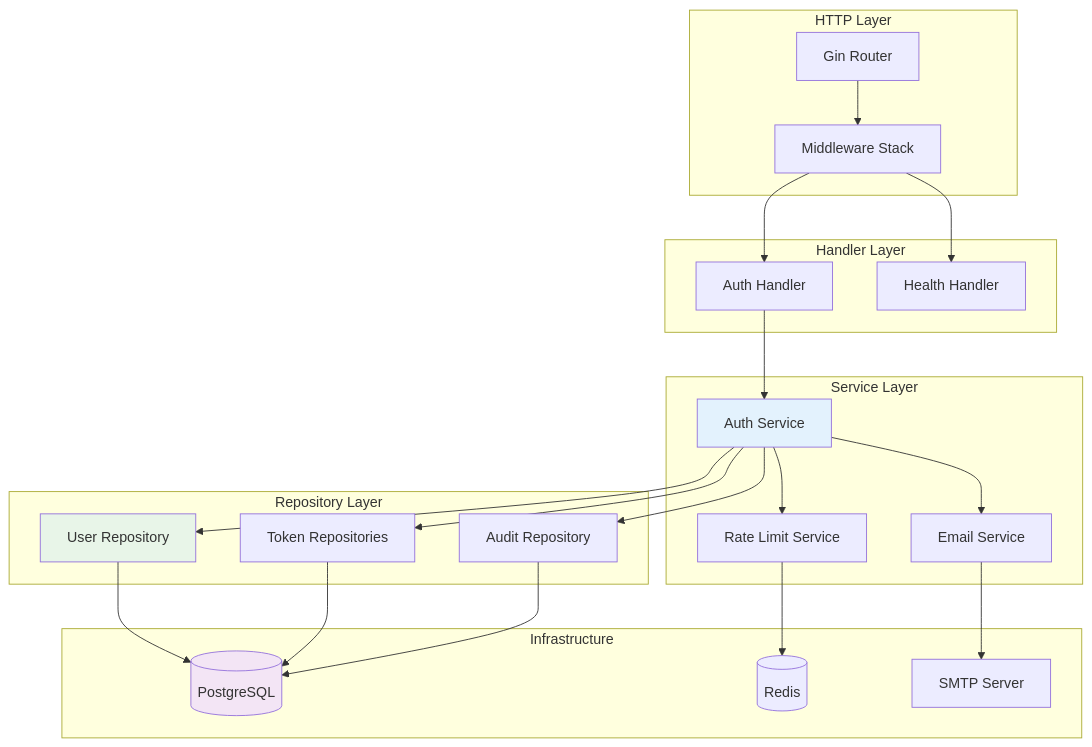
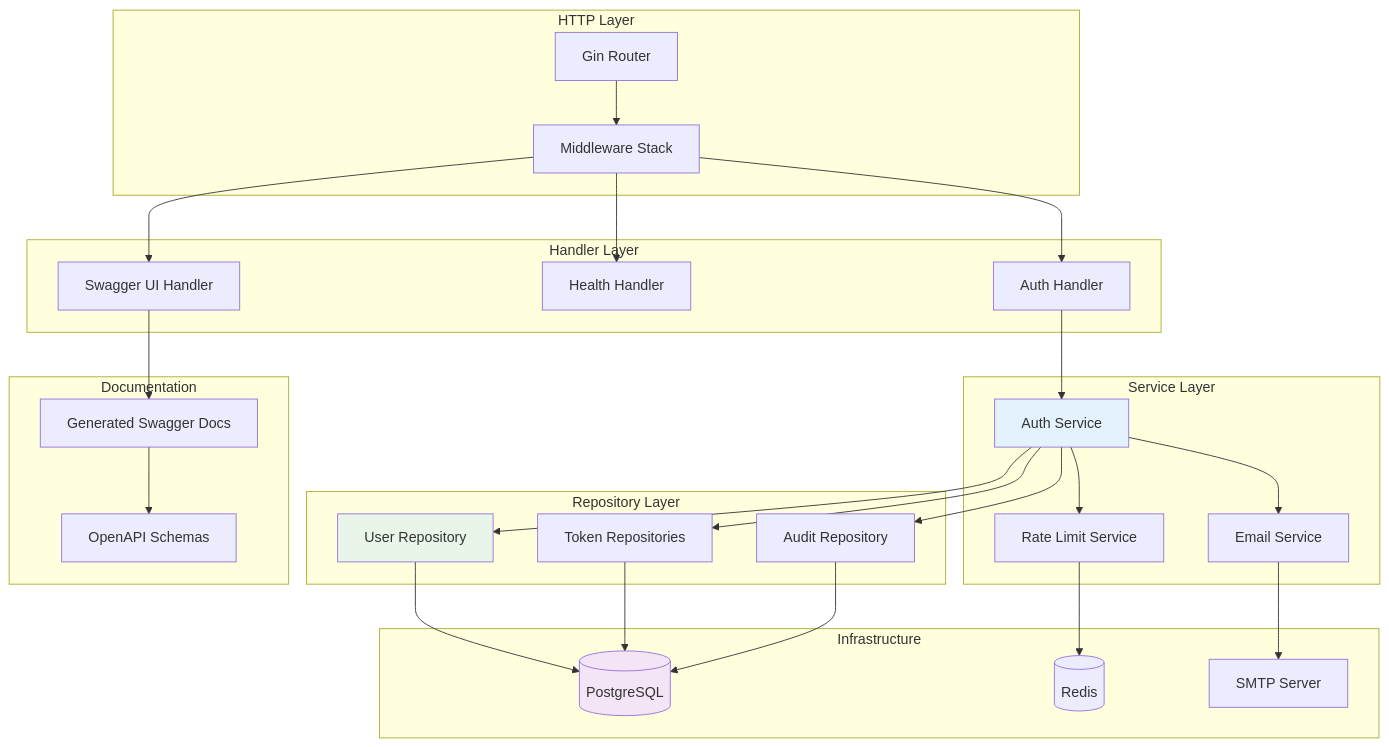
The fifth of 21 diagrams in code/go-auth/auth-service/docs/ARCHITECTURE.md (radek-zitek-cloud/pully-theta), drawn with Mermaid before and after one commit. The commit also changed other lines of this file and 27 other files, not shown here.

````diff
--- a/code/go-auth/auth-service/docs/ARCHITECTURE.md
+++ b/code/go-auth/auth-service/docs/ARCHITECTURE.md
@@ -247,52 +250,62 @@
 ```mermaid
 graph TB
     subgraph "HTTP Layer"
         ROUTER[Gin Router]
         MW[Middleware Stack]
     end
     
     subgraph "Handler Layer"
         AUTH_H[Auth Handler]
         HEALTH_H[Health Handler]
+        SWAGGER_H[Swagger UI Handler]
     end
     
     subgraph "Service Layer"
         AUTH_S[Auth Service]
         EMAIL_S[Email Service] 
         RATE_S[Rate Limit Service]
     end
     
     subgraph "Repository Layer"
         USER_R[User Repository]
         TOKEN_R[Token Repositories]
         AUDIT_R[Audit Repository]
     end
     
     subgraph "Infrastructure"
         DB[(PostgreSQL)]
         CACHE[(Redis)]
         SMTP[SMTP Server]
     end
     
+    subgraph "Documentation"
+        SWAGGER_DOCS[Generated Swagger Docs]
+        API_SCHEMAS[OpenAPI Schemas]
+    end
+    
     ROUTER --> MW
     MW --> AUTH_H
     MW --> HEALTH_H
+    MW --> SWAGGER_H
+    
+    SWAGGER_H --> SWAGGER_DOCS
+    SWAGGER_DOCS --> API_SCHEMAS
     
     AUTH_H --> AUTH_S
     AUTH_S --> EMAIL_S
     AUTH_S --> RATE_S
     
     AUTH_S --> USER_R
     AUTH_S --> TOKEN_R
     AUTH_S --> AUDIT_R
     
     USER_R --> DB
     TOKEN_R --> DB
     AUDIT_R --> DB
     RATE_S --> CACHE
     EMAIL_S --> SMTP
     
     style AUTH_S fill:#E3F2FD
     style USER_R fill:#E8F5E8
     style DB fill:#F3E5F5
 ```
````
